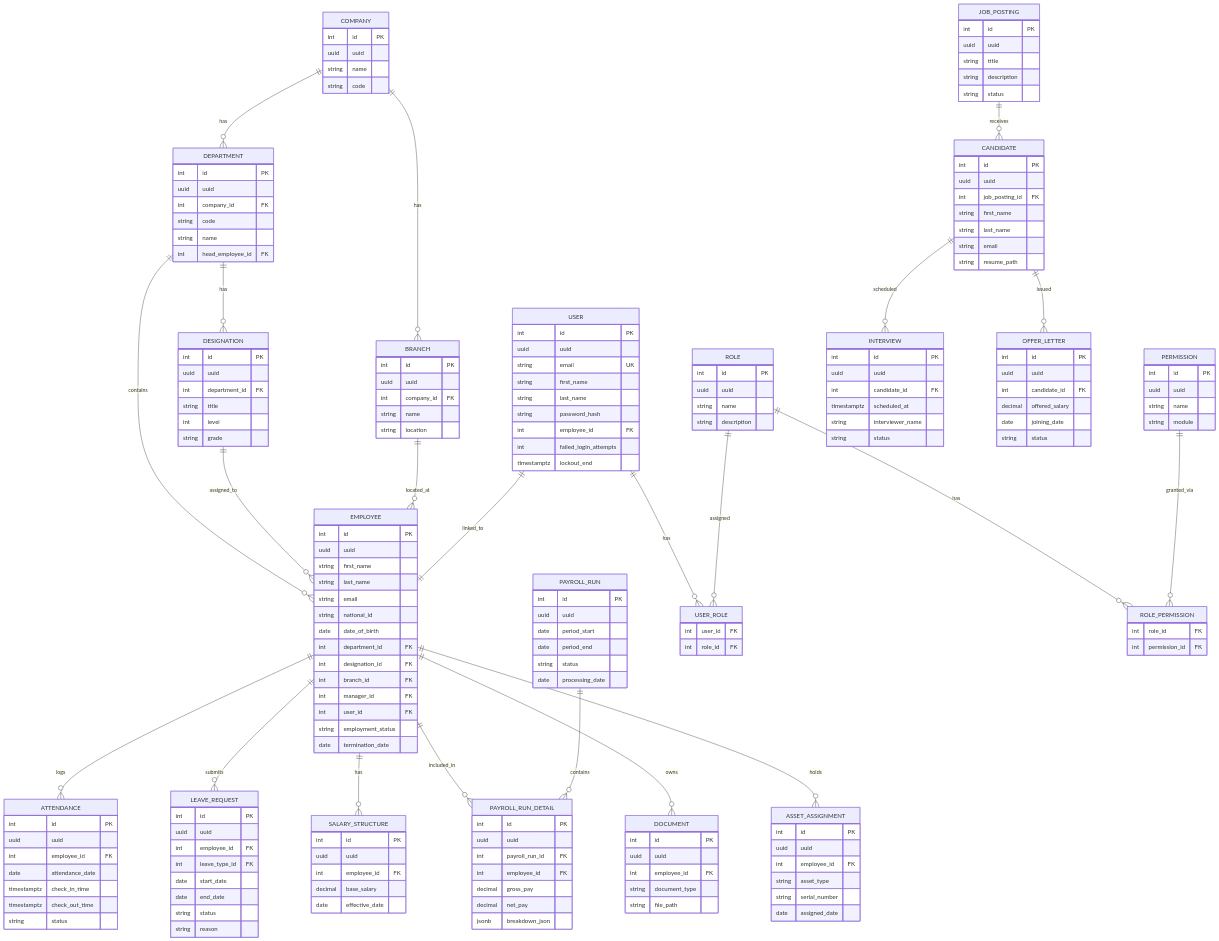
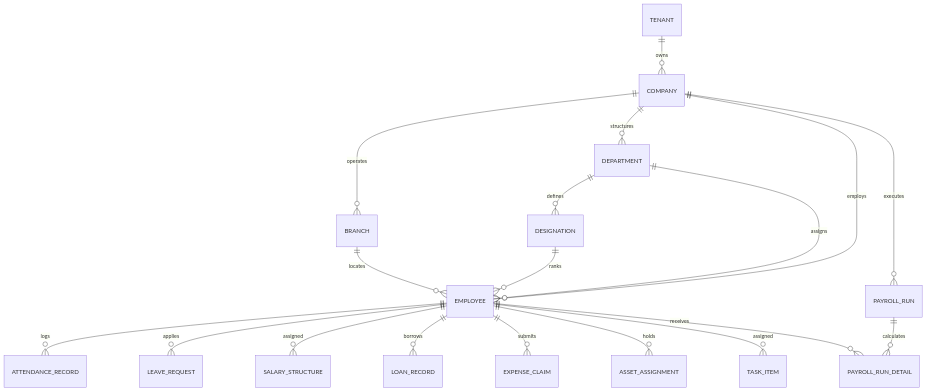
The ninth of 11 diagrams in backend/docs/TechnicalDocument.md (satyakidushyant/workora), drawn with Mermaid before and after one commit. The commit also changed other lines of this file and 155 other files, not shown here.

````diff
--- a/backend/docs/TechnicalDocument.md
+++ b/backend/docs/TechnicalDocument.md
@@ -397,191 +804,23 @@
 ```mermaid
 erDiagram
-    COMPANY {
-        int id PK
-        uuid uuid
-        string name
-        string code
-    }
-    BRANCH {
-        int id PK
-        uuid uuid
-        int company_id FK
-        string name
-        string location
-    }
-    DEPARTMENT {
-        int id PK
-        uuid uuid
-        int company_id FK
-        string code
-        string name
-        int head_employee_id FK
-    }
-    DESIGNATION {
-        int id PK
-        uuid uuid
-        int department_id FK
-        string title
-        int level
-        string grade
-    }
-    EMPLOYEE {
-        int id PK
-        uuid uuid
-        string first_name
-        string last_name
-        string email
-        string national_id
-        date date_of_birth
-        int department_id FK
-        int designation_id FK
-        int branch_id FK
-        int manager_id FK
-        int user_id FK
-        string employment_status
-        date termination_date
-    }
-    ATTENDANCE {
-        int id PK
-        uuid uuid
-        int employee_id FK
-        date attendance_date
-        timestamptz check_in_time
-        timestamptz check_out_time
-        string status
-    }
-    LEAVE_REQUEST {
-        int id PK
-        uuid uuid
-        int employee_id FK
-        int leave_type_id FK
-        date start_date
-        date end_date
-        string status
-        string reason
-    }
-    SALARY_STRUCTURE {
-        int id PK
-        uuid uuid
-        int employee_id FK
-        decimal base_salary
-        date effective_date
-    }
-    PAYROLL_RUN_DETAIL {
-        int id PK
-        uuid uuid
-        int payroll_run_id FK
-        int employee_id FK
-        decimal gross_pay
-        decimal net_pay
-        jsonb breakdown_json
-    }
-    PAYROLL_RUN {
-        int id PK
-        uuid uuid
-        date period_start
-        date period_end
-        string status
-        date processing_date
-    }
-    DOCUMENT {
-        int id PK
-        uuid uuid
-        int employee_id FK
-        string document_type
-        string file_path
-    }
-    ASSET_ASSIGNMENT {
-        int id PK
-        uuid uuid
-        int employee_id FK
-        string asset_type
-        string serial_number
-        date assigned_date
-    }
-    USER {
-        int id PK
-        uuid uuid
-        string email UK
-        string first_name
-        string last_name
-        string password_hash
-        int employee_id FK
-        int failed_login_attempts
-        timestamptz lockout_end
-    }
-    ROLE {
-        int id PK
-        uuid uuid
-        string name
-        string description
-    }
-    PERMISSION {
-        int id PK
-        uuid uuid
-        string name
-        string module
-    }
-    USER_ROLE {
-        int user_id FK
-        int role_id FK
-    }
-    ROLE_PERMISSION {
-        int role_id FK
-        int permission_id FK
-    }
-    JOB_POSTING {
-        int id PK
-        uuid uuid
-        string title
-        string description
-        string status
-    }
-    CANDIDATE {
-        int id PK
-        uuid uuid
-        int job_posting_id FK
-        string first_name
-        string last_name
-        string email
-        string resume_path
-    }
-    INTERVIEW {
-        int id PK
-        uuid uuid
-        int candidate_id FK
-        timestamptz scheduled_at
-        string interviewer_name
-        string status
-    }
-    OFFER_LETTER {
-        int id PK
-        uuid uuid
-        int candidate_id FK
-        decimal offered_salary
-        date joining_date
-        string status
-    }
+    TENANT ||--o{ COMPANY : owns
+    COMPANY ||--o{ BRANCH : operates
+    COMPANY ||--o{ DEPARTMENT : structures
+    DEPARTMENT ||--o{ DESIGNATION : defines
+    COMPANY ||--o{ EMPLOYEE : employs
+    BRANCH ||--o{ EMPLOYEE : locates
+    DEPARTMENT ||--o{ EMPLOYEE : assigns
+    DESIGNATION ||--o{ EMPLOYEE : ranks
 
-    COMPANY ||--o{ BRANCH : has
-    COMPANY ||--o{ DEPARTMENT : has
-    DEPARTMENT ||--o{ DESIGNATION : has
-    DEPARTMENT ||--o{ EMPLOYEE : contains
-    DESIGNATION ||--o{ EMPLOYEE : assigned_to
-    BRANCH ||--o{ EMPLOYEE : located_at
-    EMPLOYEE ||--o{ ATTENDANCE : logs
-    EMPLOYEE ||--o{ LEAVE_REQUEST : submits
-    EMPLOYEE ||--o{ SALARY_STRUCTURE : has
-    EMPLOYEE ||--o{ PAYROLL_RUN_DETAIL : included_in
-    EMPLOYEE ||--o{ DOCUMENT : owns
+    EMPLOYEE ||--o{ ATTENDANCE_RECORD : logs
+    EMPLOYEE ||--o{ LEAVE_REQUEST : applies
+    EMPLOYEE ||--o{ SALARY_STRUCTURE : assigned
+    EMPLOYEE ||--o{ LOAN_RECORD : borrows
+    EMPLOYEE ||--o{ EXPENSE_CLAIM : submits
     EMPLOYEE ||--o{ ASSET_ASSIGNMENT : holds
-    USER ||--|| EMPLOYEE : linked_to
-    USER ||--o{ USER_ROLE : has
-    ROLE ||--o{ USER_ROLE : assigned
-    ROLE ||--o{ ROLE_PERMISSION : has
-    PERMISSION ||--o{ ROLE_PERMISSION : granted_via
-    PAYROLL_RUN ||--o{ PAYROLL_RUN_DETAIL : contains
-    JOB_POSTING ||--o{ CANDIDATE : receives
-    CANDIDATE ||--o{ INTERVIEW : scheduled
-    CANDIDATE ||--o{ OFFER_LETTER : issued
+    EMPLOYEE ||--o{ TASK_ITEM : assigned
+
+    COMPANY ||--o{ PAYROLL_RUN : executes
+    PAYROLL_RUN ||--o{ PAYROLL_RUN_DETAIL : calculates
+    EMPLOYEE ||--o{ PAYROLL_RUN_DETAIL : receives
 ```
````
